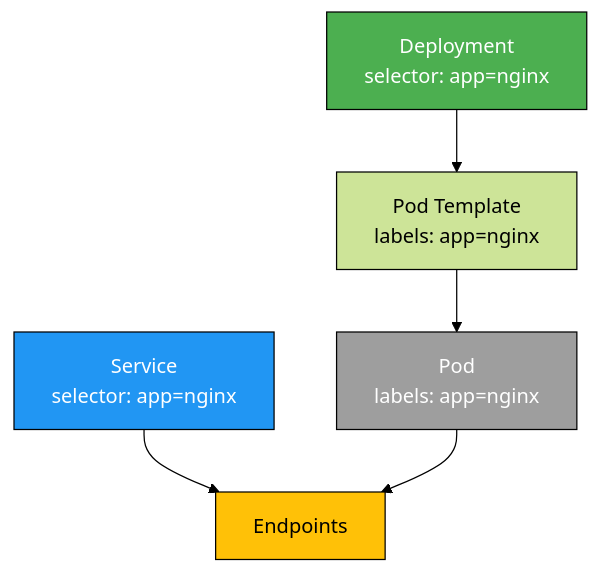
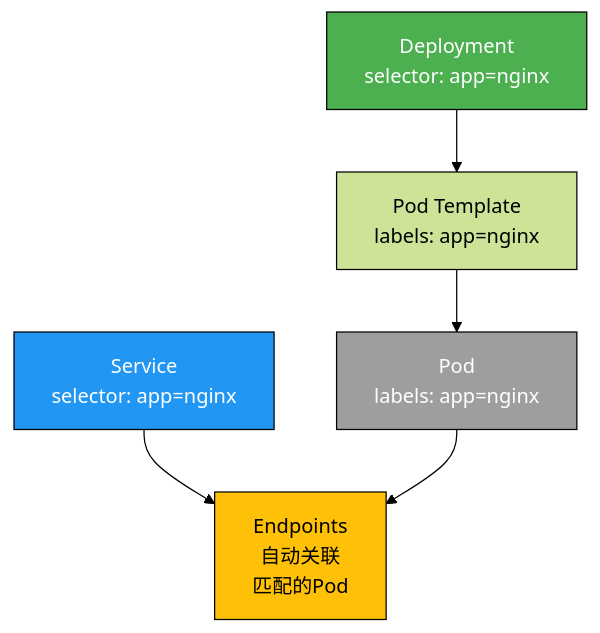
One commit to gitseen/gitOps changed the second of 4 diagrams in k8s/k8s-label.md. Above: the diagram before and after it, drawn with Mermaid (forest theme).

Commit message:
add k8s-lables

````diff
--- a/k8s/k8s-label.md
+++ b/k8s/k8s-label.md
@@ -272,15 +272,15 @@
 ```mermaid
 graph TD
     A[Deployment<br>selector: app=nginx] --> B[Pod Template<br>labels: app=nginx]
     B --> C[Pod<br>labels: app=nginx]
-    D[Service<br>selector: app=nginx] --> E[Endpoints]
+    D[Service<br>selector: app=nginx] --> E[Endpoints<br>自动关联<br>匹配的Pod]
     C --> E
 
     %% 添加说明
     style A fill:#4CAF50,color:white
     style D fill:#2196F3,color:white
     style E fill:#FFC107,color:black
     style C fill:#9E9E9E,color:white
 
     classDef default stroke:#000,stroke-width:1px
 ```
````
